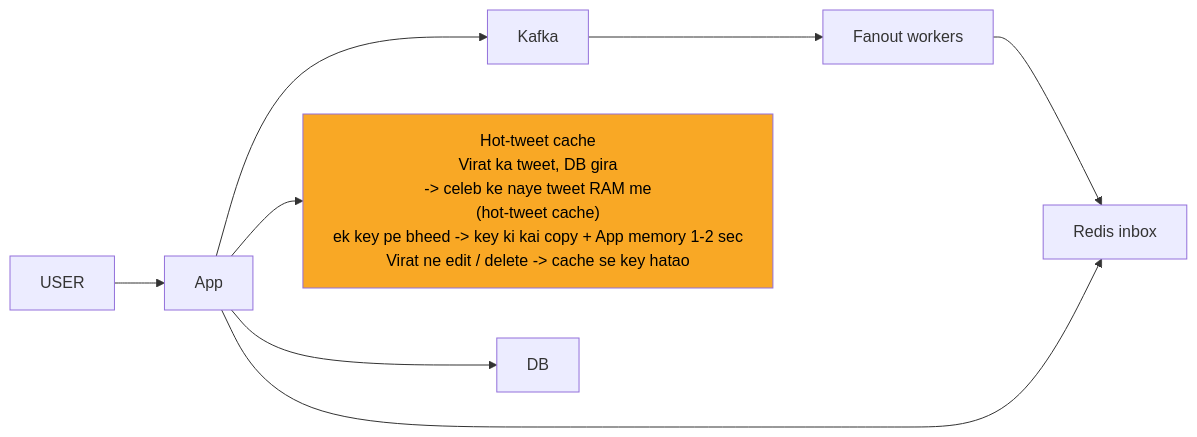
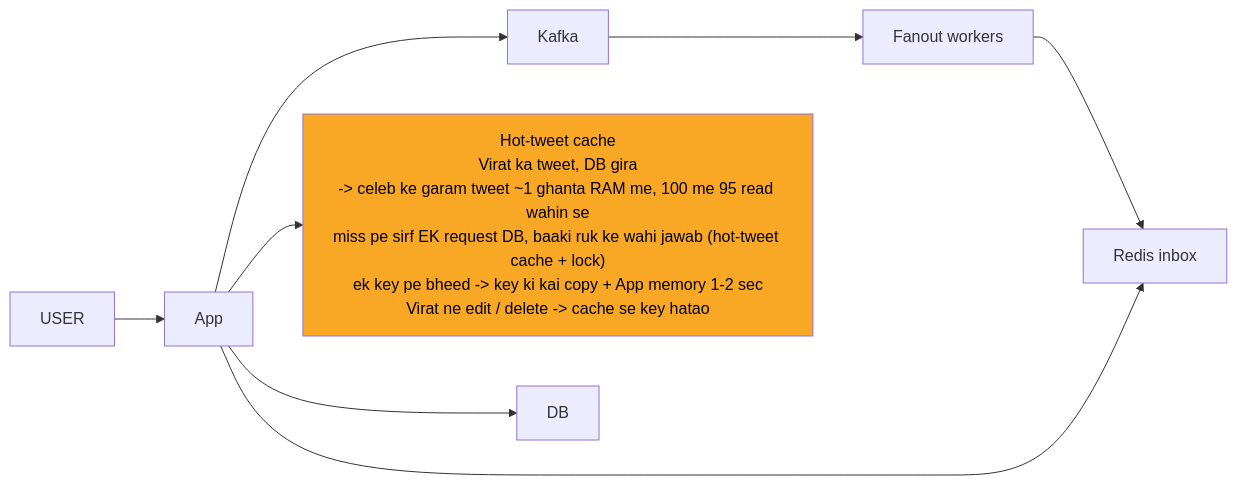
The fifth of 12 diagrams in 04_HLD/SYSTEM_DESIGNS/03_twitter_feed/03_twitter_feed.md (ArpanMaheshwari144/Prep), drawn with Mermaid before and after one commit. The commit also changed other lines of this file and 13 other files, not shown here.

````diff
--- a/04_HLD/SYSTEM_DESIGNS/03_twitter_feed/03_twitter_feed.md
+++ b/04_HLD/SYSTEM_DESIGNS/03_twitter_feed/03_twitter_feed.md
@@ -227,19 +231,19 @@
 ```mermaid
 %%{init: {"flowchart": {"wrappingWidth": 450}}}%%
 flowchart LR
     n_USER["USER"]
     n_App["App"]
     n_Kafka["Kafka"]
     n_Fanout_workers["Fanout workers"]
     n_Redis_inbox["Redis inbox"]
-    n_Hot_tweet_cache["Hot-tweet cache<br/>Virat ka tweet, DB gira<br/>-> celeb ke naye tweet RAM me<br/>(hot-tweet cache)<br/>ek key pe bheed -> key ki kai copy + App memory 1-2 sec<br/>Virat ne edit / delete -> cache se key hatao"]
+    n_Hot_tweet_cache["Hot-tweet cache<br/>Virat ka tweet, DB gira<br/>-> celeb ke garam tweet ~1 ghanta RAM me, 100 me 95 read wahin se<br/>miss pe sirf EK request DB, baaki ruk ke wahi jawab (hot-tweet cache + lock)<br/>ek key pe bheed -> key ki kai copy + App memory 1-2 sec<br/>Virat ne edit / delete -> cache se key hatao"]
     n_DB["DB"]
     n_USER --> n_App
     n_App --> n_Kafka
     n_App --> n_Hot_tweet_cache
     n_App --> n_DB
     n_Kafka --> n_Fanout_workers
     n_Fanout_workers --> n_Redis_inbox
     n_App --> n_Redis_inbox
     style n_Hot_tweet_cache fill:#f9a825,color:#000
 ```
````
